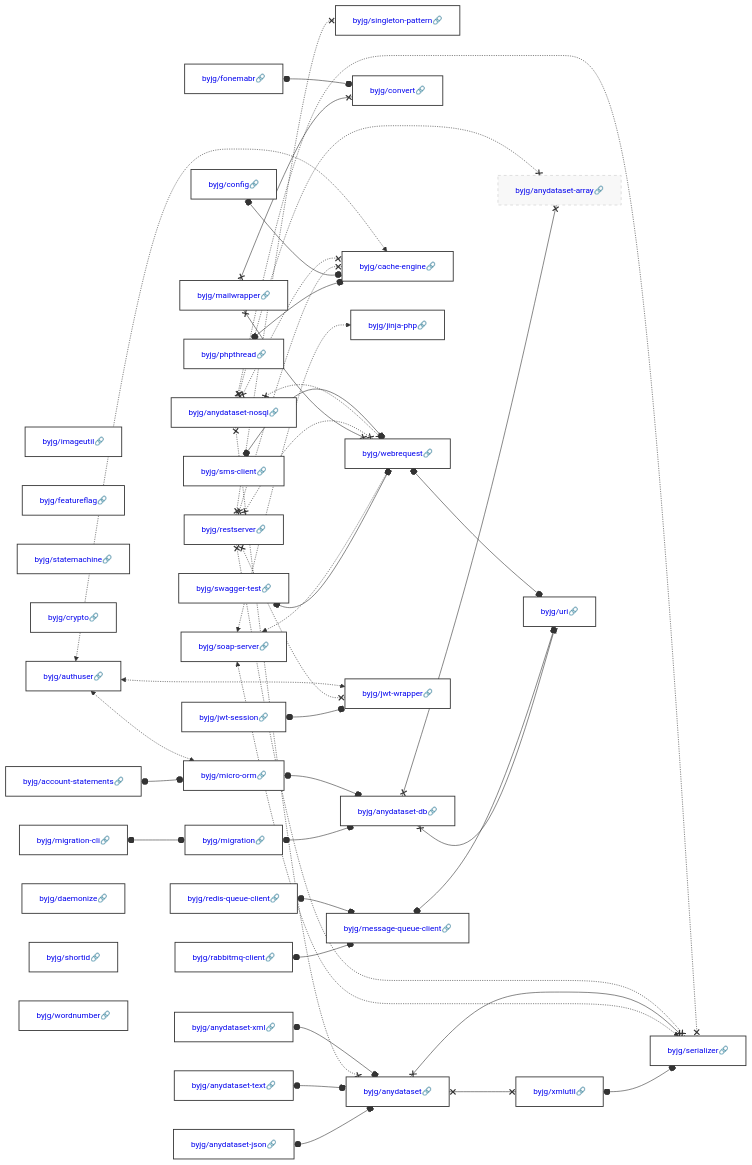
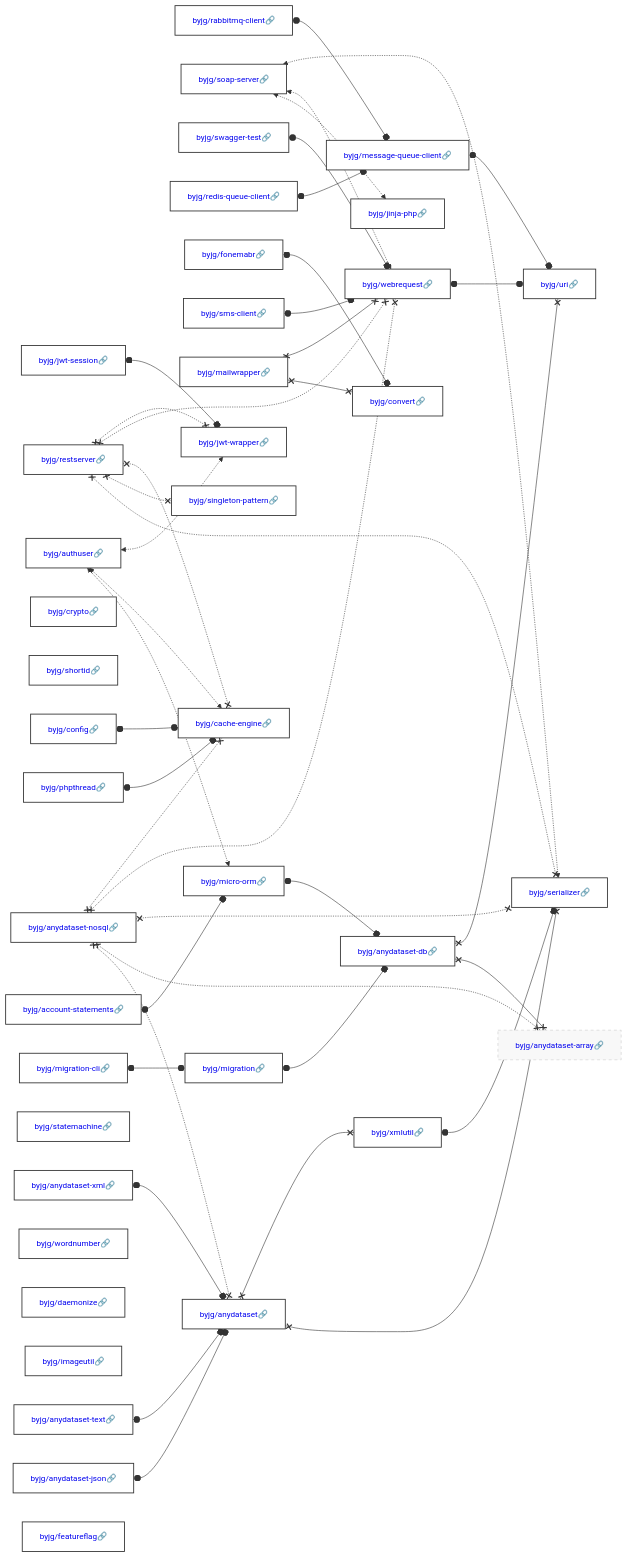
Before and after one commit to byjg/byjg.github.io: the diagram in docs/php/README.md, drawn with Mermaid. The commit also changed other lines of this file and 1 other file, not shown here.

Commit message:
Update documentation 'php' 'php-featureflag'

````diff
--- a/docs/php/README.md
+++ b/docs/php/README.md
@@ -3,40 +3,40 @@
 ```mermaid
 graph LR;
+  byjg/restserver[<a href='https://opensource.byjg.com/docs/php/restserver' style='text-decoration:none'>byjg/restserver🔗</a>];
+  byjg/rabbitmq-client[<a href='https://opensource.byjg.com/docs/php/rabbitmq-client' style='text-decoration:none'>byjg/rabbitmq-client🔗</a>];
+  byjg/authuser[<a href='https://opensource.byjg.com/docs/php/authuser' style='text-decoration:none'>byjg/authuser🔗</a>];
+  byjg/soap-server[<a href='https://opensource.byjg.com/docs/php/soap-server' style='text-decoration:none'>byjg/soap-server🔗</a>];
+  byjg/swagger-test[<a href='https://opensource.byjg.com/docs/php/swagger-test' style='text-decoration:none'>byjg/swagger-test🔗</a>];
+  byjg/redis-queue-client[<a href='https://opensource.byjg.com/docs/php/redis-queue-client' style='text-decoration:none'>byjg/redis-queue-client🔗</a>];
+  byjg/anydataset-json[<a href='https://opensource.byjg.com/docs/php/anydataset-json' style='text-decoration:none'>byjg/anydataset-json🔗</a>];
+  byjg/crypto[<a href='https://opensource.byjg.com/docs/php/crypto' style='text-decoration:none'>byjg/crypto🔗</a>];
+  byjg/shortid[<a href='https://opensource.byjg.com/docs/php/shortid' style='text-decoration:none'>byjg/shortid🔗</a>];
+  byjg/anydataset-nosql[<a href='https://opensource.byjg.com/docs/php/anydataset-nosql' style='text-decoration:none'>byjg/anydataset-nosql🔗</a>];
+  byjg/fonemabr[<a href='https://opensource.byjg.com/docs/php/fonemabr' style='text-decoration:none'>byjg/fonemabr🔗</a>];
+  byjg/jwt-session[<a href='https://opensource.byjg.com/docs/php/jwt-session' style='text-decoration:none'>byjg/jwt-session🔗</a>];
+  byjg/phpthread[<a href='https://opensource.byjg.com/docs/php/phpthread' style='text-decoration:none'>byjg/phpthread🔗</a>];
+  byjg/anydataset-text[<a href='https://opensource.byjg.com/docs/php/anydataset-text' style='text-decoration:none'>byjg/anydataset-text🔗</a>];
+  byjg/config[<a href='https://opensource.byjg.com/docs/php/config' style='text-decoration:none'>byjg/config🔗</a>];
+  byjg/statemachine[<a href='https://opensource.byjg.com/docs/php/statemachine' style='text-decoration:none'>byjg/statemachine🔗</a>];
+  byjg/account-statements[<a href='https://opensource.byjg.com/docs/php/account-statements' style='text-decoration:none'>byjg/account-statements🔗</a>];
+  byjg/wordnumber[<a href='https://opensource.byjg.com/docs/php/wordnumber' style='text-decoration:none'>byjg/wordnumber🔗</a>];
+  byjg/daemonize[<a href='https://opensource.byjg.com/docs/php/daemonize' style='text-decoration:none'>byjg/daemonize🔗</a>];
+  byjg/sms-client[<a href='https://opensource.byjg.com/docs/php/sms-client' style='text-decoration:none'>byjg/sms-client🔗</a>];
   byjg/imageutil[<a href='https://opensource.byjg.com/docs/php/imageutil' style='text-decoration:none'>byjg/imageutil🔗</a>];
-  byjg/phpthread[<a href='https://opensource.byjg.com/docs/php/phpthread' style='text-decoration:none'>byjg/phpthread🔗</a>];
-  byjg/restserver[<a href='https://opensource.byjg.com/docs/php/restserver' style='text-decoration:none'>byjg/restserver🔗</a>];
-  byjg/redis-queue-client[<a href='https://opensource.byjg.com/docs/php/redis-queue-client' style='text-decoration:none'>byjg/redis-queue-client🔗</a>];
   byjg/anydataset-xml[<a href='https://opensource.byjg.com/docs/php/anydataset-xml' style='text-decoration:none'>byjg/anydataset-xml🔗</a>];
-  byjg/anydataset-json[<a href='https://opensource.byjg.com/docs/php/anydataset-json' style='text-decoration:none'>byjg/anydataset-json🔗</a>];
-  byjg/anydataset-nosql[<a href='https://opensource.byjg.com/docs/php/anydataset-nosql' style='text-decoration:none'>byjg/anydataset-nosql🔗</a>];
+  byjg/migration-cli[<a href='https://opensource.byjg.com/docs/php/migration-cli' style='text-decoration:none'>byjg/migration-cli🔗</a>];
+  byjg/mailwrapper[<a href='https://opensource.byjg.com/docs/php/mailwrapper' style='text-decoration:none'>byjg/mailwrapper🔗</a>];
   byjg/featureflag[<a href='https://opensource.byjg.com/docs/php/featureflag' style='text-decoration:none'>byjg/featureflag🔗</a>];
-  byjg/sms-client[<a href='https://opensource.byjg.com/docs/php/sms-client' style='text-decoration:none'>byjg/sms-client🔗</a>];
-  byjg/statemachine[<a href='https://opensource.byjg.com/docs/php/statemachine' style='text-decoration:none'>byjg/statemachine🔗</a>];
-  byjg/crypto[<a href='https://opensource.byjg.com/docs/php/crypto' style='text-decoration:none'>byjg/crypto🔗</a>];
-  byjg/anydataset-text[<a href='https://opensource.byjg.com/docs/php/anydataset-text' style='text-decoration:none'>byjg/anydataset-text🔗</a>];
-  byjg/mailwrapper[<a href='https://opensource.byjg.com/docs/php/mailwrapper' style='text-decoration:none'>byjg/mailwrapper🔗</a>];
-  byjg/swagger-test[<a href='https://opensource.byjg.com/docs/php/swagger-test' style='text-decoration:none'>byjg/swagger-test🔗</a>];
-  byjg/fonemabr[<a href='https://opensource.byjg.com/docs/php/fonemabr' style='text-decoration:none'>byjg/fonemabr🔗</a>];
-  byjg/account-statements[<a href='https://opensource.byjg.com/docs/php/account-statements' style='text-decoration:none'>byjg/account-statements🔗</a>];
-  byjg/authuser[<a href='https://opensource.byjg.com/docs/php/authuser' style='text-decoration:none'>byjg/authuser🔗</a>];
-  byjg/rabbitmq-client[<a href='https://opensource.byjg.com/docs/php/rabbitmq-client' style='text-decoration:none'>byjg/rabbitmq-client🔗</a>];
-  byjg/config[<a href='https://opensource.byjg.com/docs/php/config' style='text-decoration:none'>byjg/config🔗</a>];
-  byjg/soap-server[<a href='https://opensource.byjg.com/docs/php/soap-server' style='text-decoration:none'>byjg/soap-server🔗</a>];
-  byjg/migration-cli[<a href='https://opensource.byjg.com/docs/php/migration-cli' style='text-decoration:none'>byjg/migration-cli🔗</a>];
-  byjg/daemonize[<a href='https://opensource.byjg.com/docs/php/daemonize' style='text-decoration:none'>byjg/daemonize🔗</a>];
-  byjg/jwt-session[<a href='https://opensource.byjg.com/docs/php/jwt-session' style='text-decoration:none'>byjg/jwt-session🔗</a>];
-  byjg/shortid[<a href='https://opensource.byjg.com/docs/php/shortid' style='text-decoration:none'>byjg/shortid🔗</a>];
-  byjg/wordnumber[<a href='https://opensource.byjg.com/docs/php/wordnumber' style='text-decoration:none'>byjg/wordnumber🔗</a>];
   byjg/singleton-pattern[<a href='https://opensource.byjg.com/docs/php/singleton-pattern' style='text-decoration:none'>byjg/singleton-pattern🔗</a>];
+  byjg/jinja-php[<a href='https://opensource.byjg.com/docs/php/jinja-php' style='text-decoration:none'>byjg/jinja-php🔗</a>];
+  byjg/message-queue-client[<a href='https://opensource.byjg.com/docs/php/message-queue-client' style='text-decoration:none'>byjg/message-queue-client🔗</a>];
+  byjg/jwt-wrapper[<a href='https://opensource.byjg.com/docs/php/jwt-wrapper' style='text-decoration:none'>byjg/jwt-wrapper🔗</a>];
+  byjg/cache-engine[<a href='https://opensource.byjg.com/docs/php/cache-engine' style='text-decoration:none'>byjg/cache-engine🔗</a>];
+  byjg/micro-orm[<a href='https://opensource.byjg.com/docs/php/micro-orm' style='text-decoration:none'>byjg/micro-orm🔗</a>];
   byjg/anydataset[<a href='https://opensource.byjg.com/docs/php/anydataset' style='text-decoration:none'>byjg/anydataset🔗</a>];
+  byjg/migration[<a href='https://opensource.byjg.com/docs/php/migration' style='text-decoration:none'>byjg/migration🔗</a>];
   byjg/convert[<a href='https://opensource.byjg.com/docs/php/convert' style='text-decoration:none'>byjg/convert🔗</a>];
-  byjg/micro-orm[<a href='https://opensource.byjg.com/docs/php/micro-orm' style='text-decoration:none'>byjg/micro-orm🔗</a>];
-  byjg/message-queue-client[<a href='https://opensource.byjg.com/docs/php/message-queue-client' style='text-decoration:none'>byjg/message-queue-client🔗</a>];
-  byjg/cache-engine[<a href='https://opensource.byjg.com/docs/php/cache-engine' style='text-decoration:none'>byjg/cache-engine🔗</a>];
-  byjg/jinja-php[<a href='https://opensource.byjg.com/docs/php/jinja-php' style='text-decoration:none'>byjg/jinja-php🔗</a>];
   byjg/webrequest[<a href='https://opensource.byjg.com/docs/php/webrequest' style='text-decoration:none'>byjg/webrequest🔗</a>];
-  byjg/migration[<a href='https://opensource.byjg.com/docs/php/migration' style='text-decoration:none'>byjg/migration🔗</a>];
-  byjg/jwt-wrapper[<a href='https://opensource.byjg.com/docs/php/jwt-wrapper' style='text-decoration:none'>byjg/jwt-wrapper🔗</a>];
   byjg/xmlutil[<a href='https://opensource.byjg.com/docs/php/xmlutil' style='text-decoration:none'>byjg/xmlutil🔗</a>];
   byjg/anydataset-db[<a href='https://opensource.byjg.com/docs/php/anydataset-db' style='text-decoration:none'>byjg/anydataset-db🔗</a>];
   byjg/serializer[<a href='https://opensource.byjg.com/docs/php/serializer' style='text-decoration:none'>byjg/serializer🔗</a>];
````
